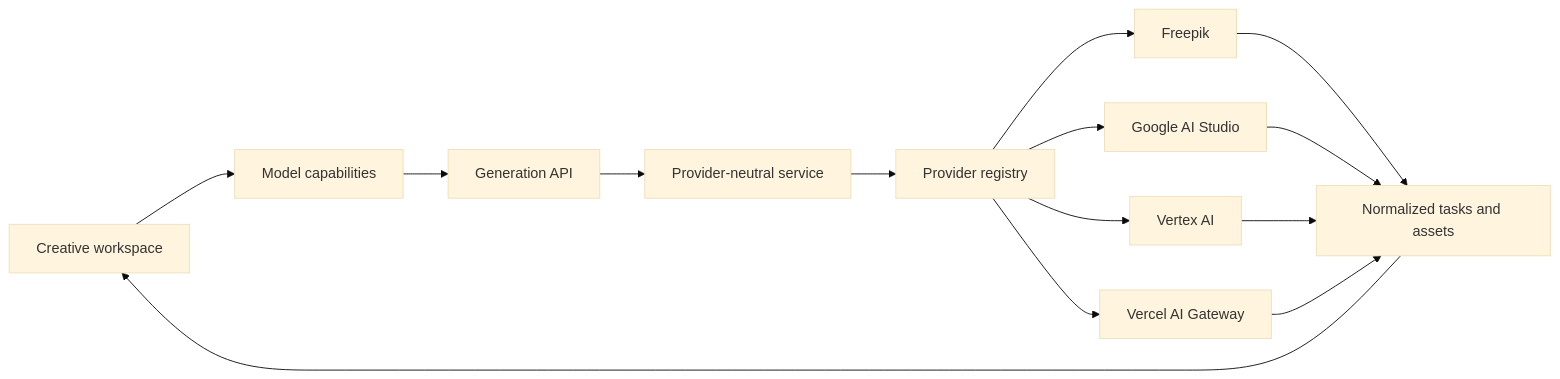
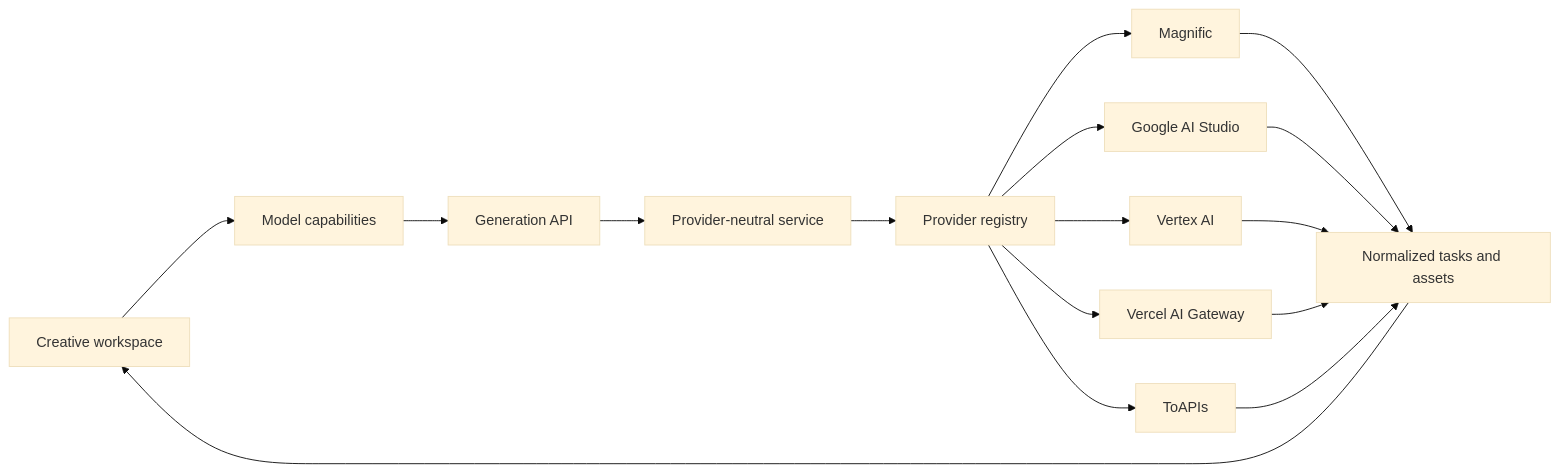
Before and after one commit to TechBeme/open-higgsfield: the diagram in README.md, drawn with Mermaid (base theme). The commit also changed other lines of this file and 288 other files, not shown here.

````diff
--- a/README.md
+++ b/README.md
@@ -105,16 +129,18 @@
 ```mermaid
 flowchart LR
     U[Creative workspace] --> C[Model capabilities]
     C --> A[Generation API]
     A --> S[Provider-neutral service]
     S --> R[Provider registry]
-    R --> F[Freepik]
+    R --> F[Magnific]
     R --> G[Google AI Studio]
     R --> V[Vertex AI]
     R --> W[Vercel AI Gateway]
+    R --> O[ToAPIs]
     F --> T[Normalized tasks and assets]
     G --> T
     V --> T
     W --> T
+    O --> T
     T --> U
 ```
````
